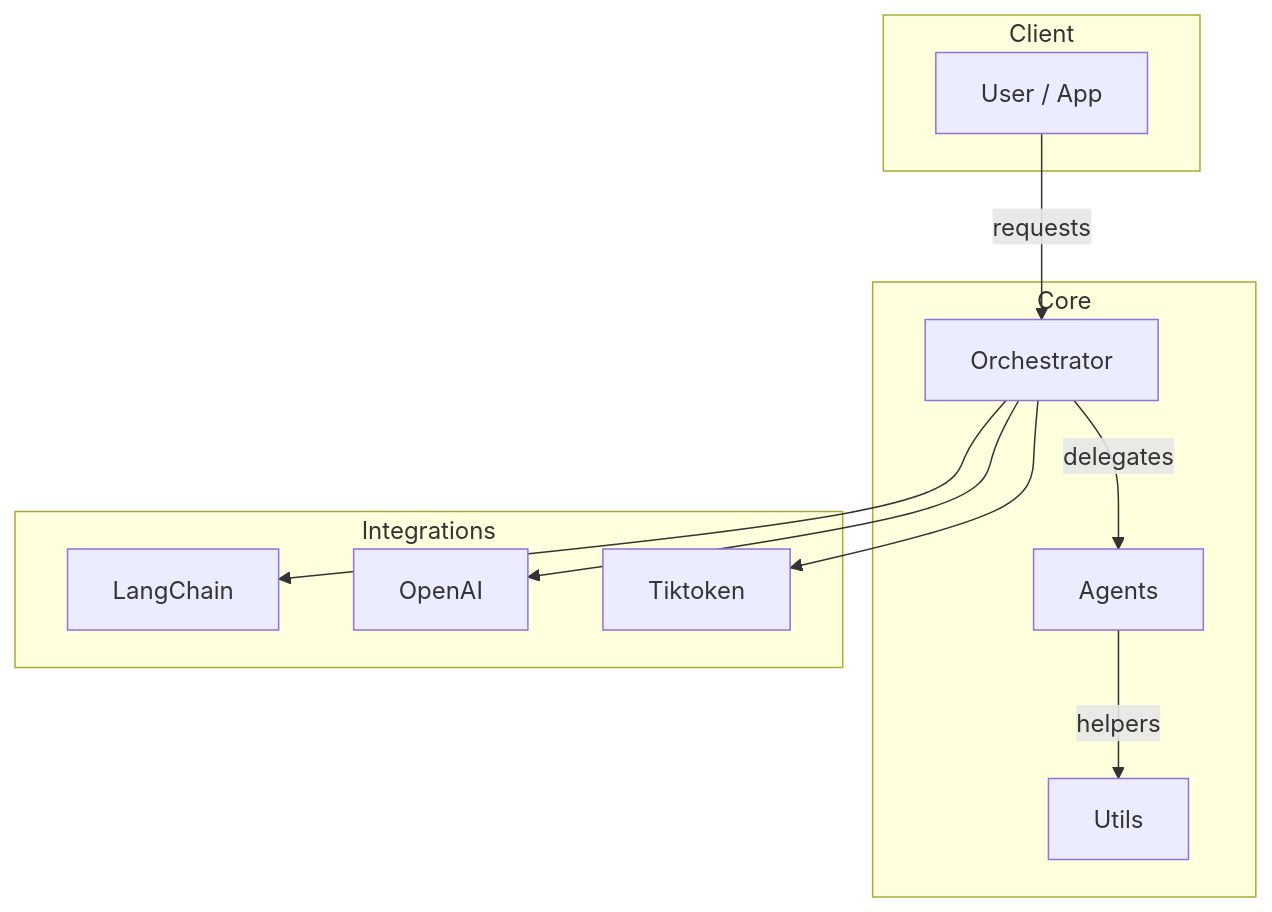
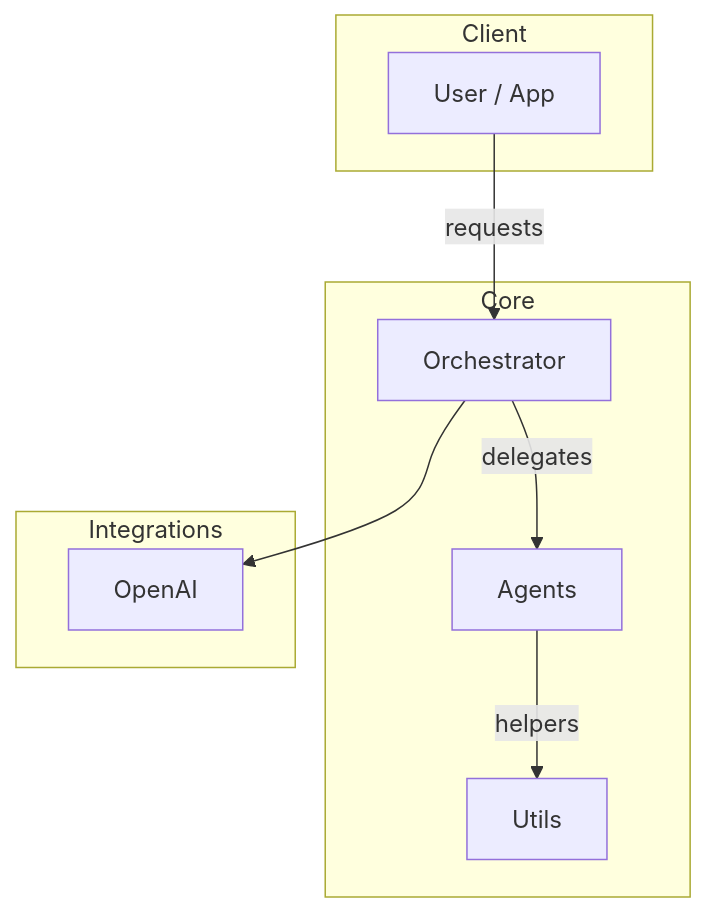
Before and after one commit to albertogerli/agentic_reviewer: the diagram in README.md, drawn with Mermaid. The commit also changed other lines of this file, not shown here.

````diff
--- a/README.md
+++ b/README.md
@@ -47,26 +56,21 @@
 ```mermaid
 flowchart TD
   subgraph Client
     U[User / App]
   end
 
   subgraph Core
     O[Orchestrator]
     A1[Agents]
     UTI[Utils]
   end
 
   subgraph Integrations
-    LC[LangChain]
     OAI[OpenAI]
-    TOK[Tiktoken]
   end
 
   U -->|requests| O
   O -->|delegates| A1
   A1 -->|helpers| UTI
-
-  O --> LC
   O --> OAI
-  O --> TOK
 ```
````
